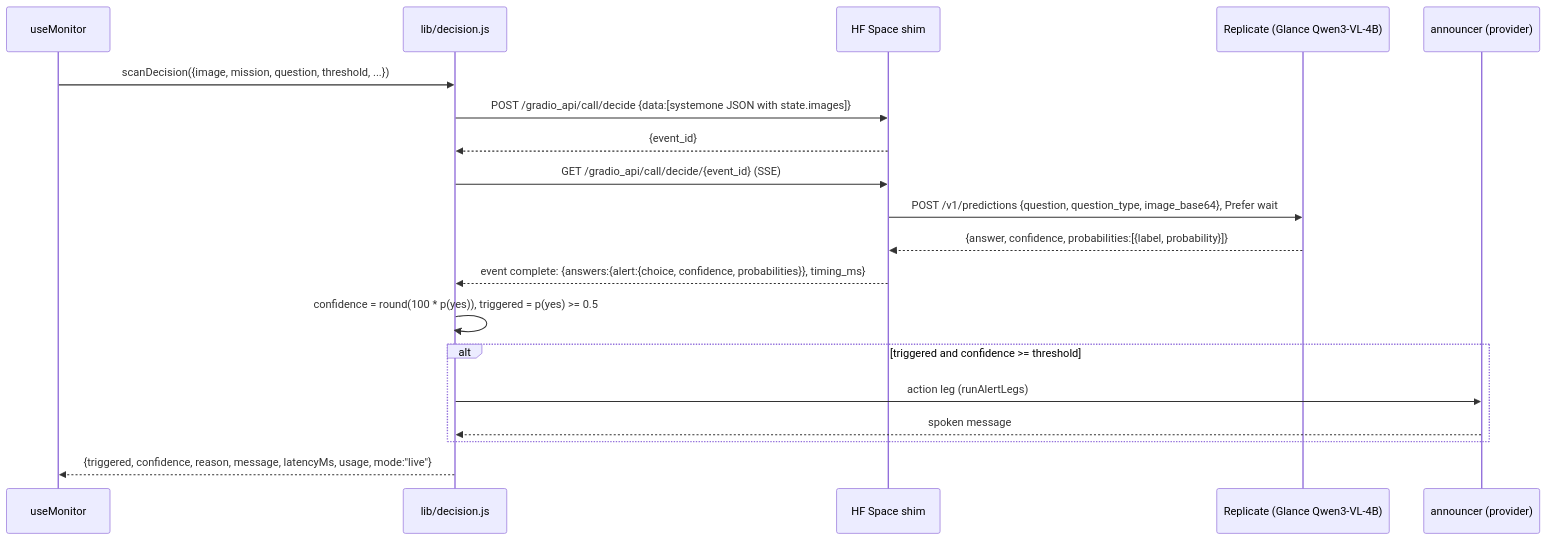
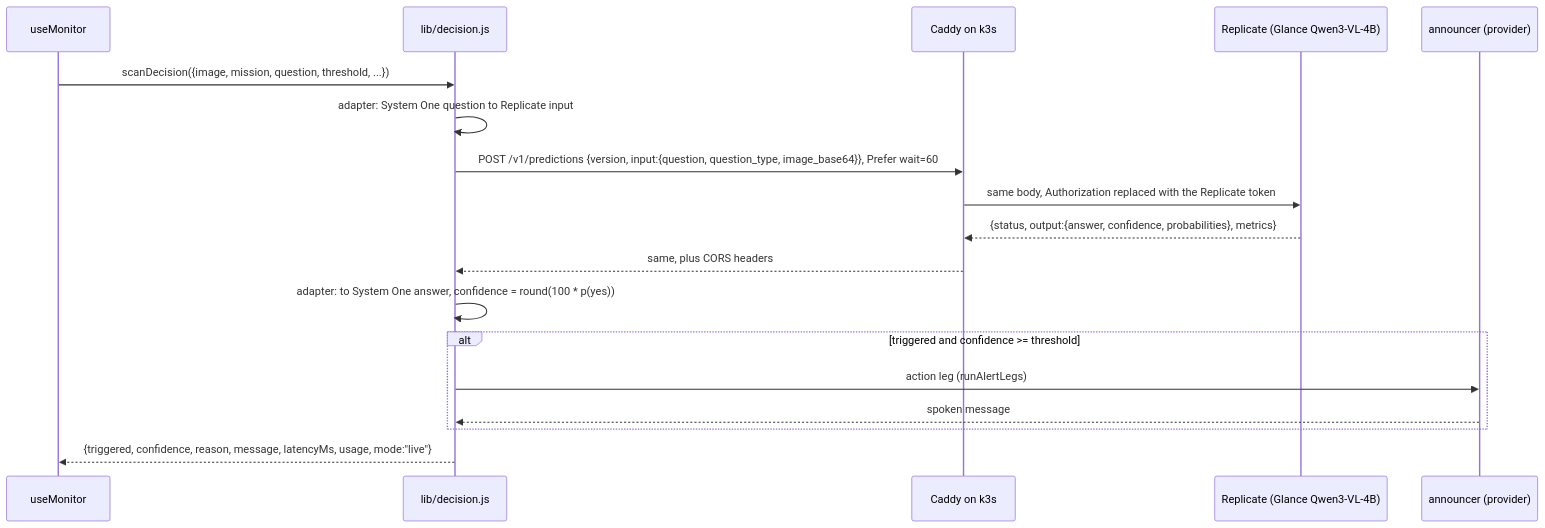
Before and after one commit to barakplasma/Aura: the second of 2 diagrams in docs/PRD-decision-engine.md, drawn with Mermaid. The commit also changed other lines of this file, not shown here.

````diff
--- a/docs/PRD-decision-engine.md
+++ b/docs/PRD-decision-engine.md
@@ -178,22 +176,21 @@
 ```mermaid
 sequenceDiagram
   participant M as useMonitor
   participant D as lib/decision.js
-  participant G as HF Space shim
-  participant B as Replicate (Glance Qwen3-VL-4B)
+  participant C as Caddy on k3s
+  participant R as Replicate (Glance Qwen3-VL-4B)
   participant P as announcer (provider)
 
   M->>D: scanDecision({image, mission, question, threshold, ...})
-  D->>G: POST /gradio_api/call/decide {data:[systemone JSON with state.images]}
-  G-->>D: {event_id}
-  D->>G: GET /gradio_api/call/decide/{event_id} (SSE)
-  G->>B: POST /v1/predictions {question, question_type, image_base64}, Prefer wait
-  B-->>G: {answer, confidence, probabilities:[{label, probability}]}
-  G-->>D: event complete: {answers:{alert:{choice, confidence, probabilities}}, timing_ms}
-  D->>D: confidence = round(100 * p(yes)), triggered = p(yes) >= 0.5
+  D->>D: adapter: System One question to Replicate input
+  D->>C: POST /v1/predictions {version, input:{question, question_type, image_base64}}, Prefer wait=60
+  C->>R: same body, Authorization replaced with the Replicate token
+  R-->>C: {status, output:{answer, confidence, probabilities}, metrics}
+  C-->>D: same, plus CORS headers
+  D->>D: adapter: to System One answer, confidence = round(100 * p(yes))
   alt triggered and confidence >= threshold
     D->>P: action leg (runAlertLegs)
     P-->>D: spoken message
   end
   D-->>M: {triggered, confidence, reason, message, latencyMs, usage, mode:"live"}
 ```
````
